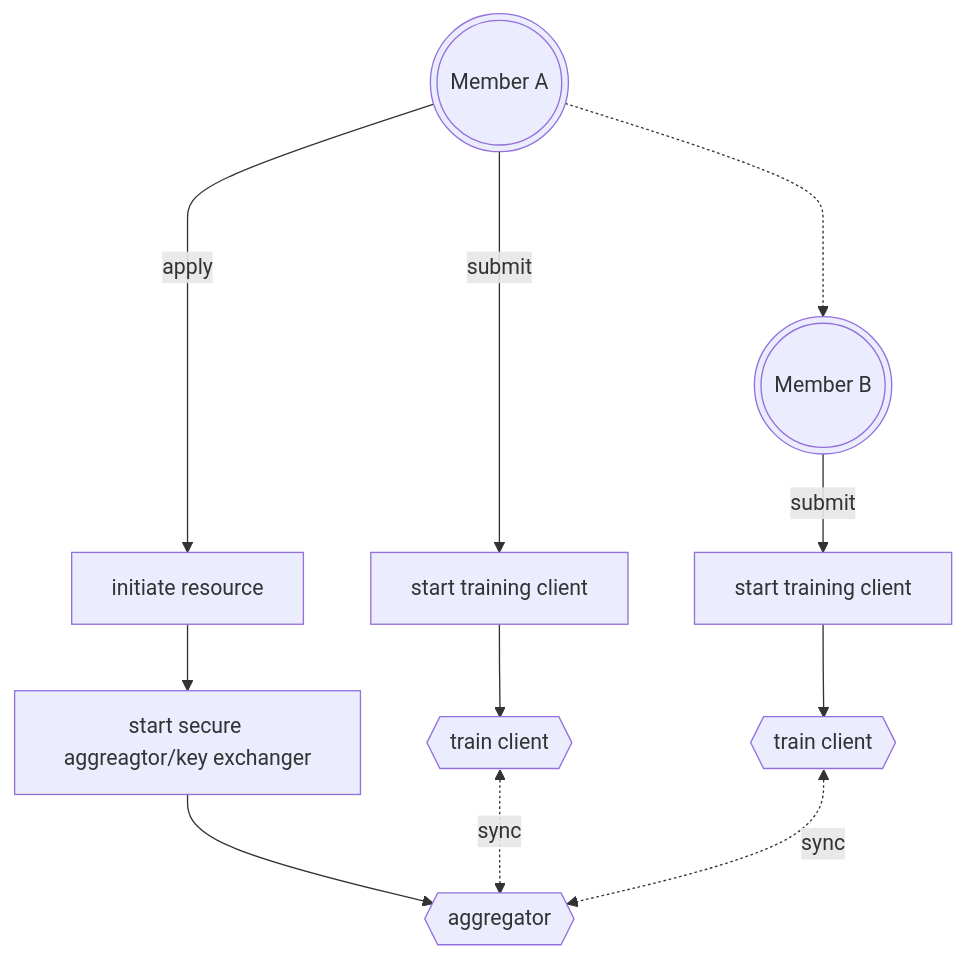
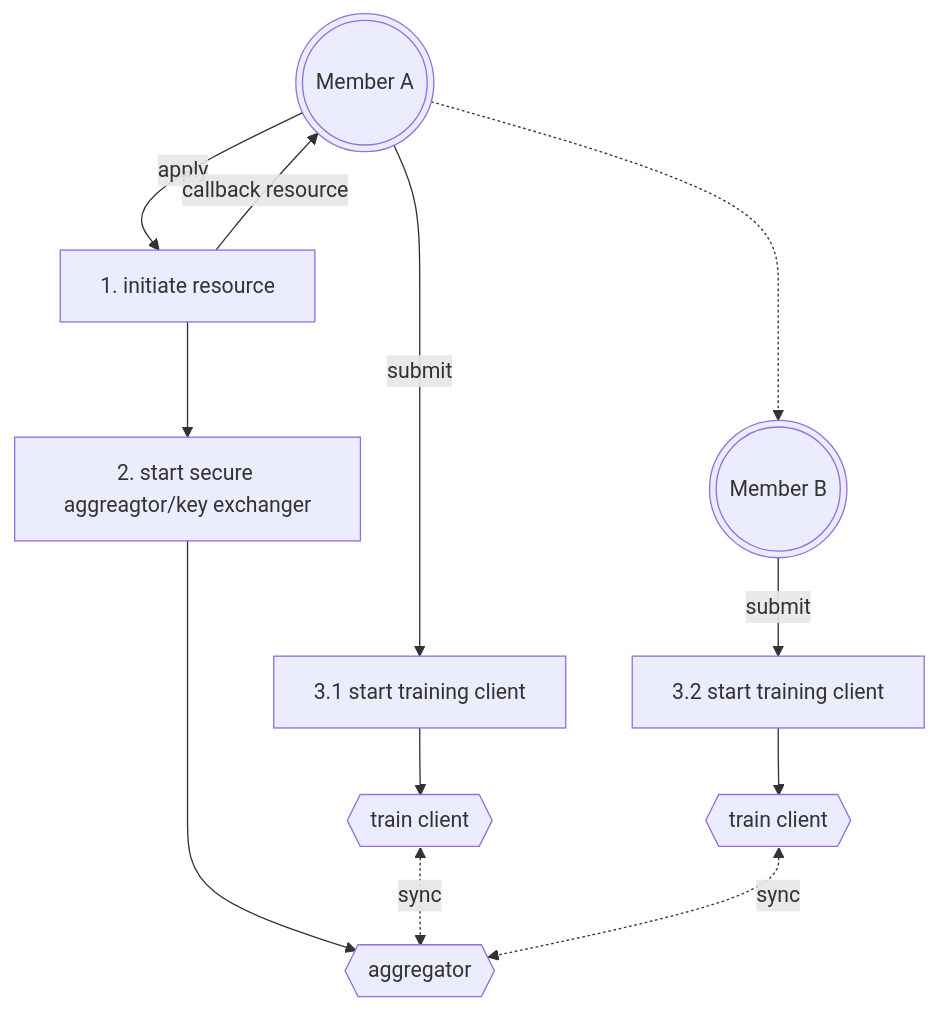
The diagram in README.md (jaysontree/fedv_learning), drawn with Mermaid before and after one commit.

````diff
--- a/README.md
+++ b/README.md
@@ -33,13 +33,14 @@
 ```mermaid
 graph TD
-    A(((Member A))) --apply--> A1[initiate resource]
-    A1 --> A2[start secure aggreagtor/key exchanger]
-    A --submit--> A3[start training client]
+    A(((Member A))) --apply--> A1[1. initiate resource]
+    A1 --callback resource--> A
+    A1 --> A2[2. start secure aggreagtor/key exchanger]
+    A --submit--> A3[3.1 start training client]
     A -..-> B(((Member B)))
-    B --submit--> B1[start training client]
+    B --submit--> B1[3.2 start training client]
     A2 --> A4{{aggregator}}
     A3 --> A5{{train client}}
     B1 --> B2{{train client}}
     A5 <-.sync.-> A4
     B2 <-.sync.-> A4
 ```
````
